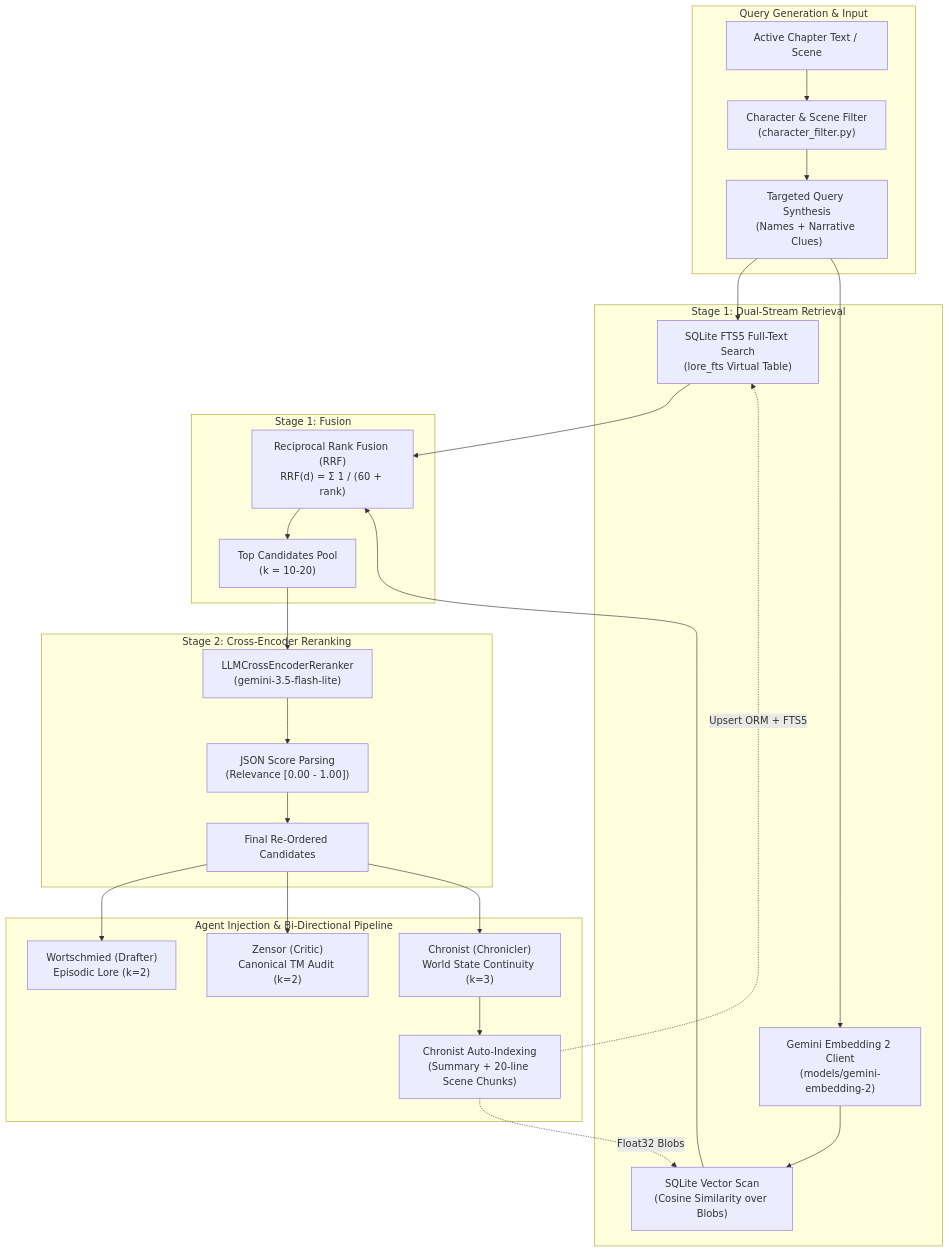
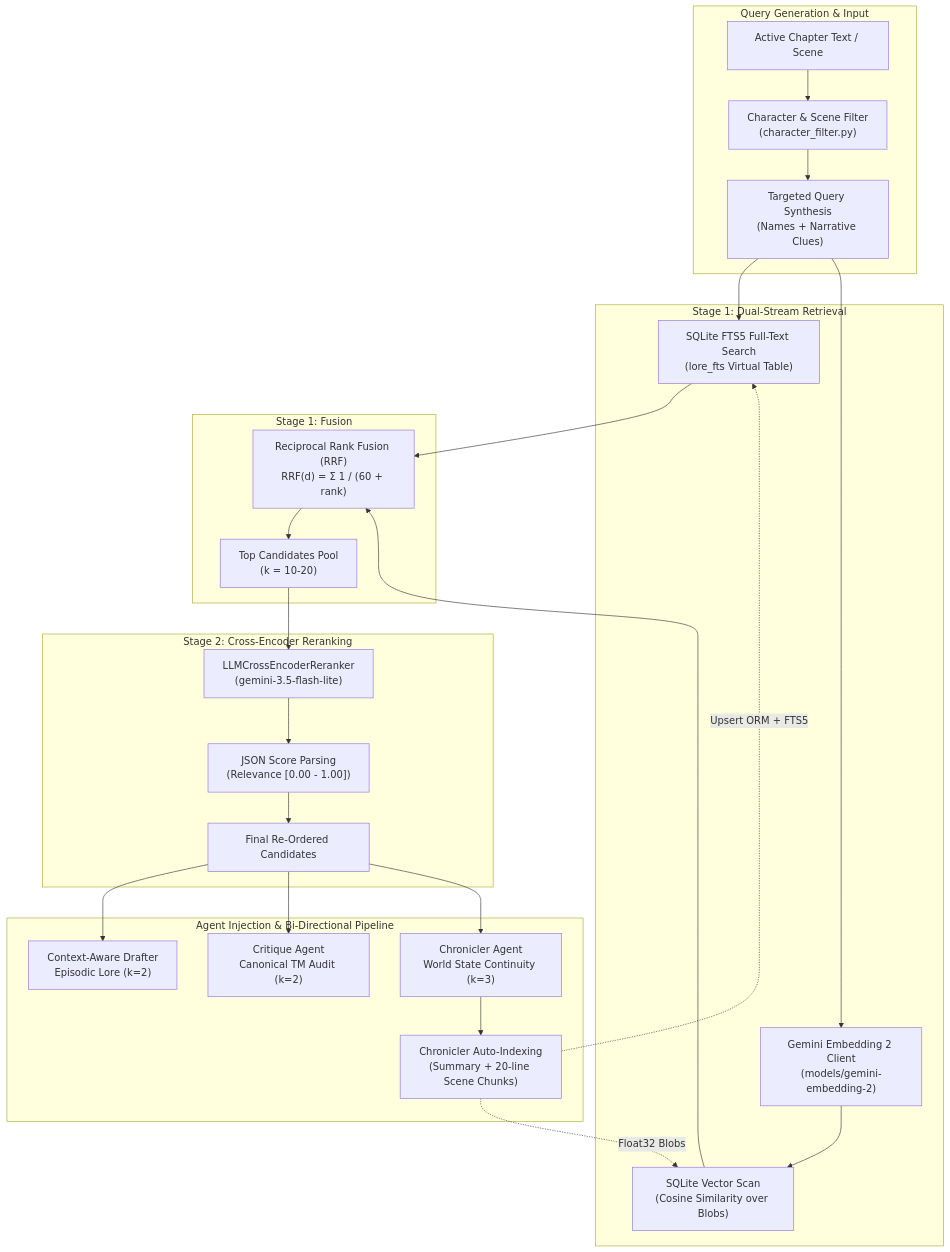
One commit to Checkmartyr/NouSetsu changed the first of 3 diagrams in doc/hybrid_rag.md. Above: the diagram before and after it, drawn with Mermaid. The commit also changed other lines of this file and 29 other files, not shown here.

````diff
--- a/doc/hybrid_rag.md
+++ b/doc/hybrid_rag.md
@@ -17,50 +17,50 @@
 ```mermaid
 graph TD
     subgraph "Query Generation & Input"
         SRC["Active Chapter Text / Scene"]
         CHAR_FLT["Character & Scene Filter<br>(character_filter.py)"]
         QUERY["Targeted Query Synthesis<br>(Names + Narrative Clues)"]
     end
 
     subgraph "Stage 1: Dual-Stream Retrieval"
         FTS["SQLite FTS5 Full-Text Search<br>(lore_fts Virtual Table)"]
         EMB["Gemini Embedding 2 Client<br>(models/gemini-embedding-2)"]
         VEC["SQLite Vector Scan<br>(Cosine Similarity over Blobs)"]
     end
 
     subgraph "Stage 1: Fusion"
         RRF["Reciprocal Rank Fusion (RRF)<br>RRF(d) = Σ 1 / (60 + rank)"]
         POOL["Top Candidates Pool<br>(k = 10-20)"]
     end
 
     subgraph "Stage 2: Cross-Encoder Reranking"
         RERANK["LLMCrossEncoderReranker<br>(gemini-3.5-flash-lite)"]
         JSON_PARSE["JSON Score Parsing<br>(Relevance [0.00 - 1.00])"]
         SORT["Final Re-Ordered Candidates"]
     end
 
     subgraph "Agent Injection & Bi-Directional Pipeline"
-        DRAFT["Wortschmied (Drafter)<br>Episodic Lore (k=2)"]
-        CRIT["Zensor (Critic)<br>Canonical TM Audit (k=2)"]
-        CHRON["Chronist (Chronicler)<br>World State Continuity (k=3)"]
-        AUTO_IDX["Chronist Auto-Indexing<br>(Summary + 20-line Scene Chunks)"]
+        DRAFT["Context-Aware Drafter<br>Episodic Lore (k=2)"]
+        CRIT["Critique Agent<br>Canonical TM Audit (k=2)"]
+        CHRON["Chronicler Agent<br>World State Continuity (k=3)"]
+        AUTO_IDX["Chronicler Auto-Indexing<br>(Summary + 20-line Scene Chunks)"]
     end
 
     SRC --> CHAR_FLT
     CHAR_FLT --> QUERY
     QUERY --> FTS
     QUERY --> EMB
     EMB --> VEC
     FTS --> RRF
     VEC --> RRF
     RRF --> POOL
     POOL --> RERANK
     RERANK --> JSON_PARSE
     JSON_PARSE --> SORT
     SORT --> DRAFT
     SORT --> CRIT
     SORT --> CHRON
     CHRON --> AUTO_IDX
     AUTO_IDX -.->|"Upsert ORM + FTS5"| FTS
     AUTO_IDX -.->|"Float32 Blobs"| VEC
 ```
````
